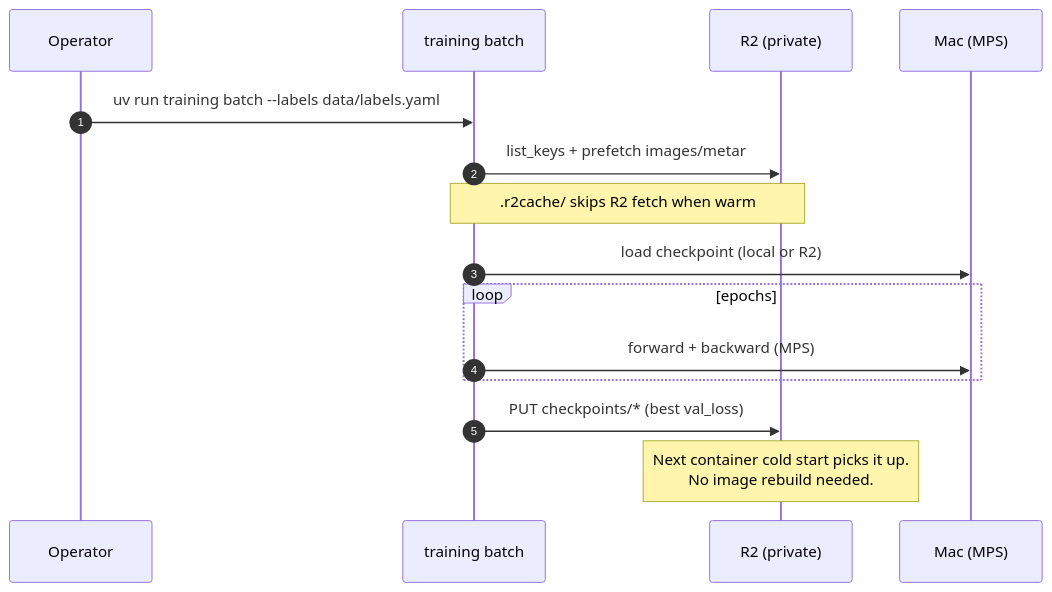
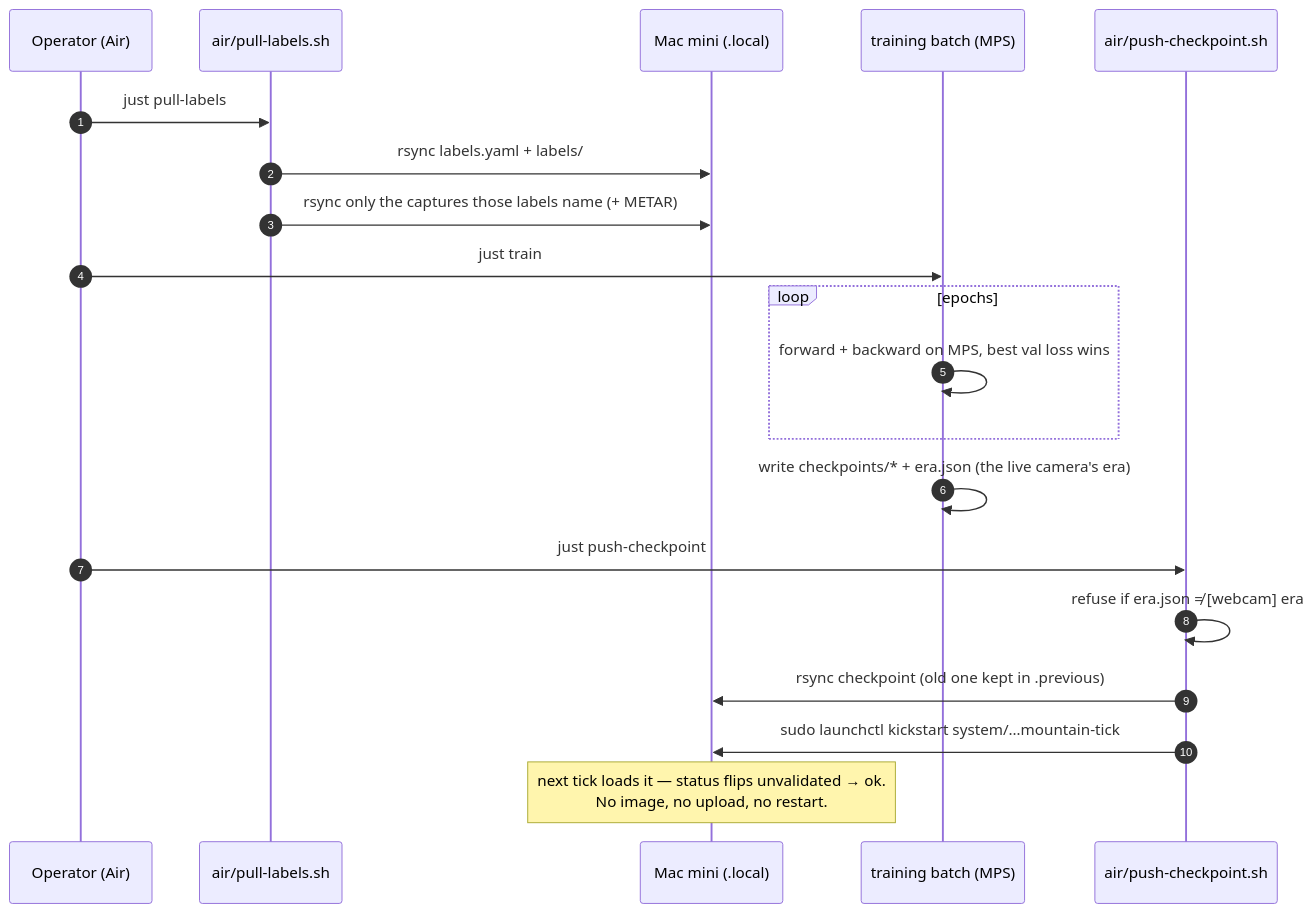
One commit to robogeosociety/is-the-mountain-out changed the third of 3 diagrams in README.md. Above: the diagram before and after it, drawn with Mermaid. The commit also changed other lines of this file and 68 other files, not shown here.

First line of the commit message:
Move inference to the Mac mini and the site to GitHub Pages (#101)

````diff
--- a/README.md
+++ b/README.md
@@ -138,18 +189,23 @@
 ```mermaid
 sequenceDiagram
   autonumber
-  participant Op as Operator
-  participant T as training batch
-  participant R2p as R2 (private)
-  participant Mac as Mac (MPS)
+  participant Op as Operator (Air)
+  participant P as air/pull-labels.sh
+  participant M as Mac mini (.local)
+  participant T as training batch (MPS)
+  participant S as air/push-checkpoint.sh
 
-  Op->>T: uv run training batch --labels data/labels.yaml
-  T->>R2p: list_keys + prefetch images/metar
-  Note over T,R2p: .r2cache/ skips R2 fetch when warm
-  T->>Mac: load checkpoint (local or R2)
+  Op->>P: just pull-labels
+  P->>M: rsync labels.yaml + labels/
+  P->>M: rsync only the captures those labels name (+ METAR)
+  Op->>T: just train
   loop epochs
-    T->>Mac: forward + backward (MPS)
+    T->>T: forward + backward on MPS, best val loss wins
   end
-  T->>R2p: PUT checkpoints/* (best val_loss)
-  Note over R2p: Next container cold start picks it up.<br/>No image rebuild needed.
+  T->>T: write checkpoints/* + era.json (the live camera's era)
+  Op->>S: just push-checkpoint
+  S->>S: refuse if era.json ≠ [webcam] era
+  S->>M: rsync checkpoint (old one kept in .previous)
+  S->>M: sudo launchctl kickstart system/…mountain-tick
+  Note over M: next tick loads it — status flips unvalidated → ok.<br/>No image, no upload, no restart.
 ```
````
